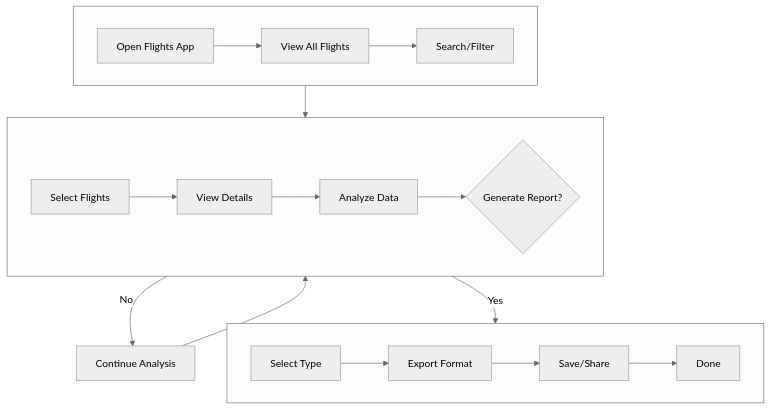
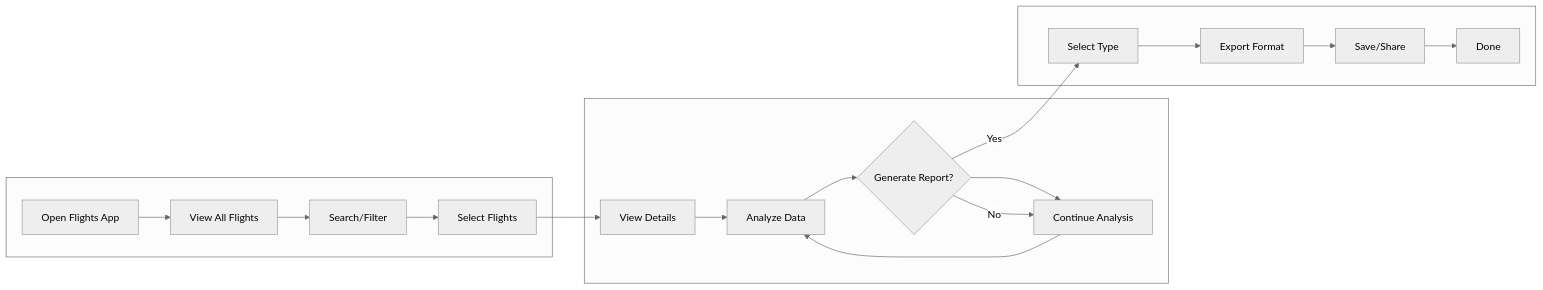
One commit to RoundRobinHood/cogniflight-cloud changed the tenth of 10 diagrams in docs/SEN3781_Assignment4_Information_Architecture_Report.md. Above: the diagram before and after it, drawn with Mermaid (neutral theme). The commit also changed other lines of this file, not shown here.

Commit message:
improved diagram readability

````diff
--- a/docs/SEN3781_Assignment4_Information_Architecture_Report.md
+++ b/docs/SEN3781_Assignment4_Information_Architecture_Report.md
@@ -512,19 +478,16 @@
 ```mermaid
-flowchart TB
+flowchart LR
     subgraph row1[" "]
-        direction LR
-        A[Open Flights App] --> B[View All Flights] --> C[Search/Filter]
+        A[Open Flights App] --> B[View All Flights] --> C[Search/Filter] --> D[Select Flights]
     end
     subgraph row2[" "]
-        direction LR
-        D[Select Flights] --> E[View Details] --> F[Analyze Data] --> G{Generate Report?}
+        E[View Details] --> F[Analyze Data] --> G{Generate Report?} --> J[Continue Analysis]
     end
     subgraph row3[" "]
-        direction LR
         H[Select Type] --> I[Export Format] --> K[Save/Share] --> L[Done]
     end
-    C --> D
+    D --> E
     G -->|Yes| H
-    G -->|No| J[Continue Analysis]
+    G -->|No| J
     J --> F
 ```
````
